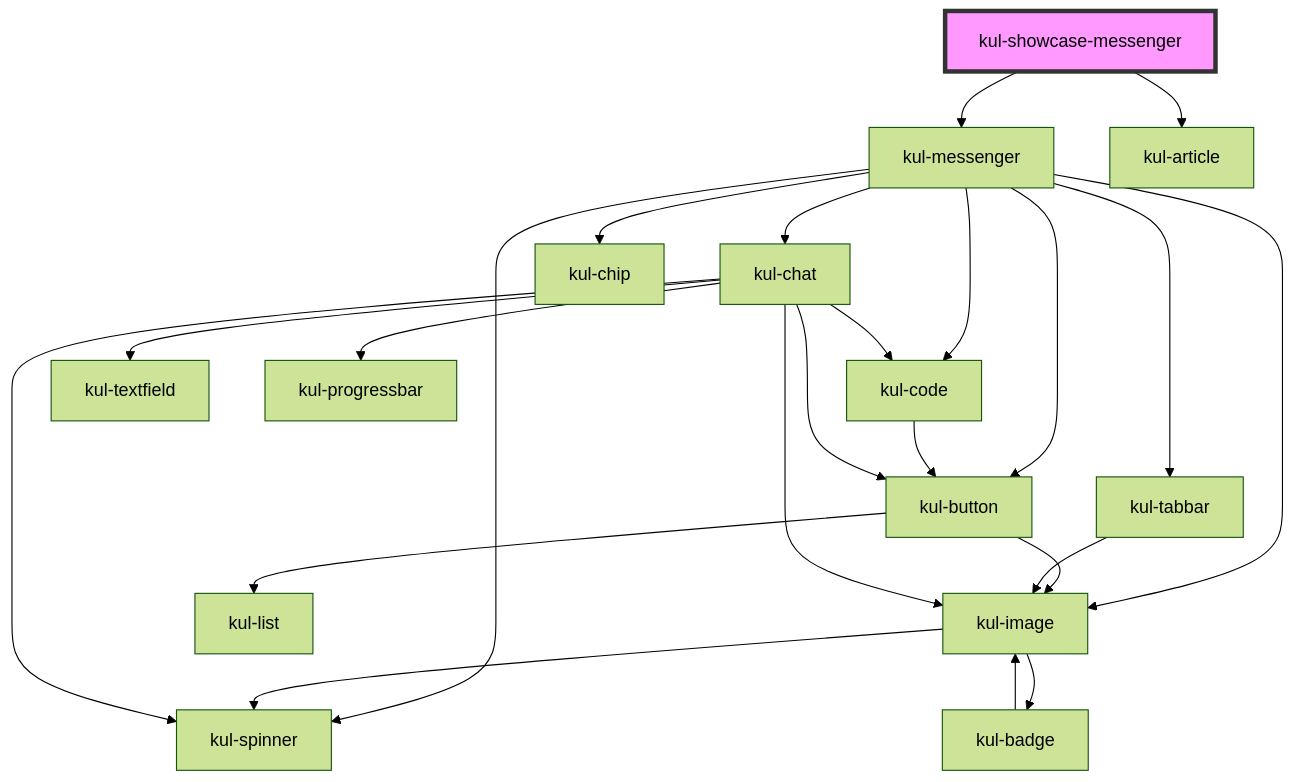
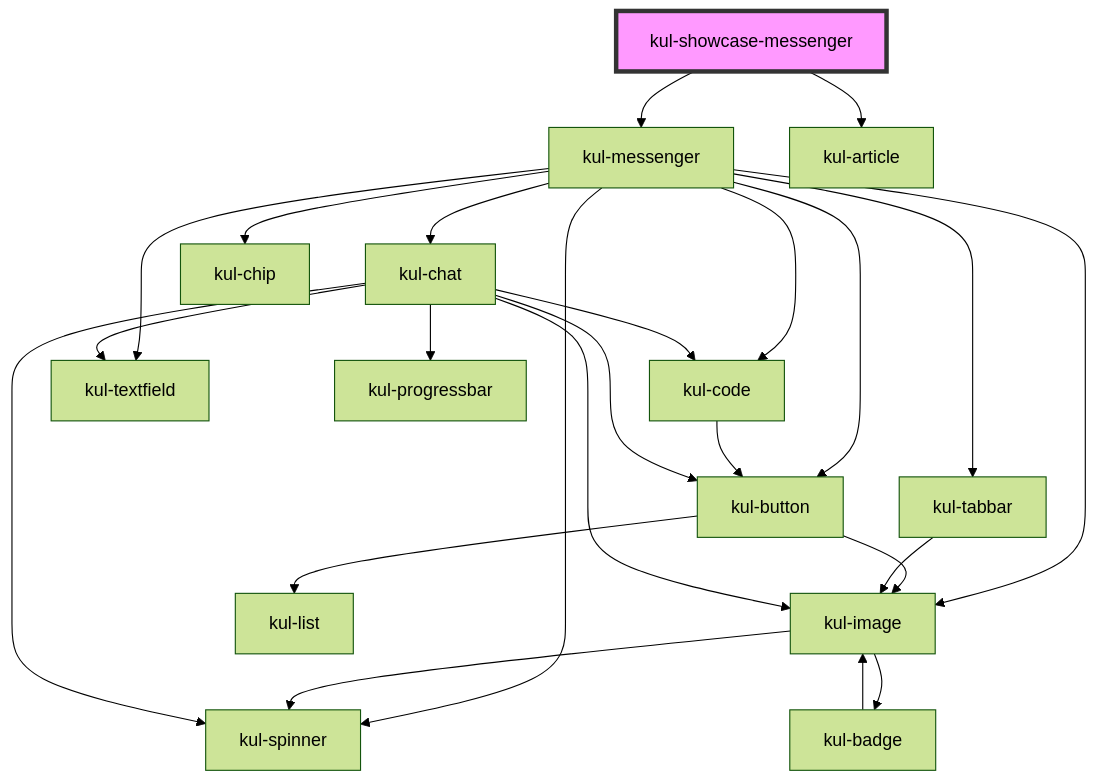
Before and after one commit to lucafoscili/ketchup-lite: the diagram in packages/ketchup-lite/src/components/kul-showcase/layout/messenger/readme.md, drawn with Mermaid (forest theme). The commit also changed 5 other files, not shown here.

````diff
--- a/packages/ketchup-lite/src/components/kul-showcase/layout/messenger/readme.md
+++ b/packages/ketchup-lite/src/components/kul-showcase/layout/messenger/readme.md
@@ -27,26 +27,27 @@
 ```mermaid
 graph TD;
   kul-showcase-messenger --> kul-messenger
   kul-showcase-messenger --> kul-article
   kul-messenger --> kul-image
   kul-messenger --> kul-button
   kul-messenger --> kul-spinner
   kul-messenger --> kul-code
   kul-messenger --> kul-tabbar
   kul-messenger --> kul-chat
   kul-messenger --> kul-chip
+  kul-messenger --> kul-textfield
   kul-image --> kul-spinner
   kul-image --> kul-badge
   kul-badge --> kul-image
   kul-button --> kul-image
   kul-button --> kul-list
   kul-code --> kul-button
   kul-tabbar --> kul-image
   kul-chat --> kul-spinner
   kul-chat --> kul-image
   kul-chat --> kul-button
   kul-chat --> kul-textfield
   kul-chat --> kul-progressbar
   kul-chat --> kul-code
   style kul-showcase-messenger fill:#f9f,stroke:#333,stroke-width:4px
 ```
````
